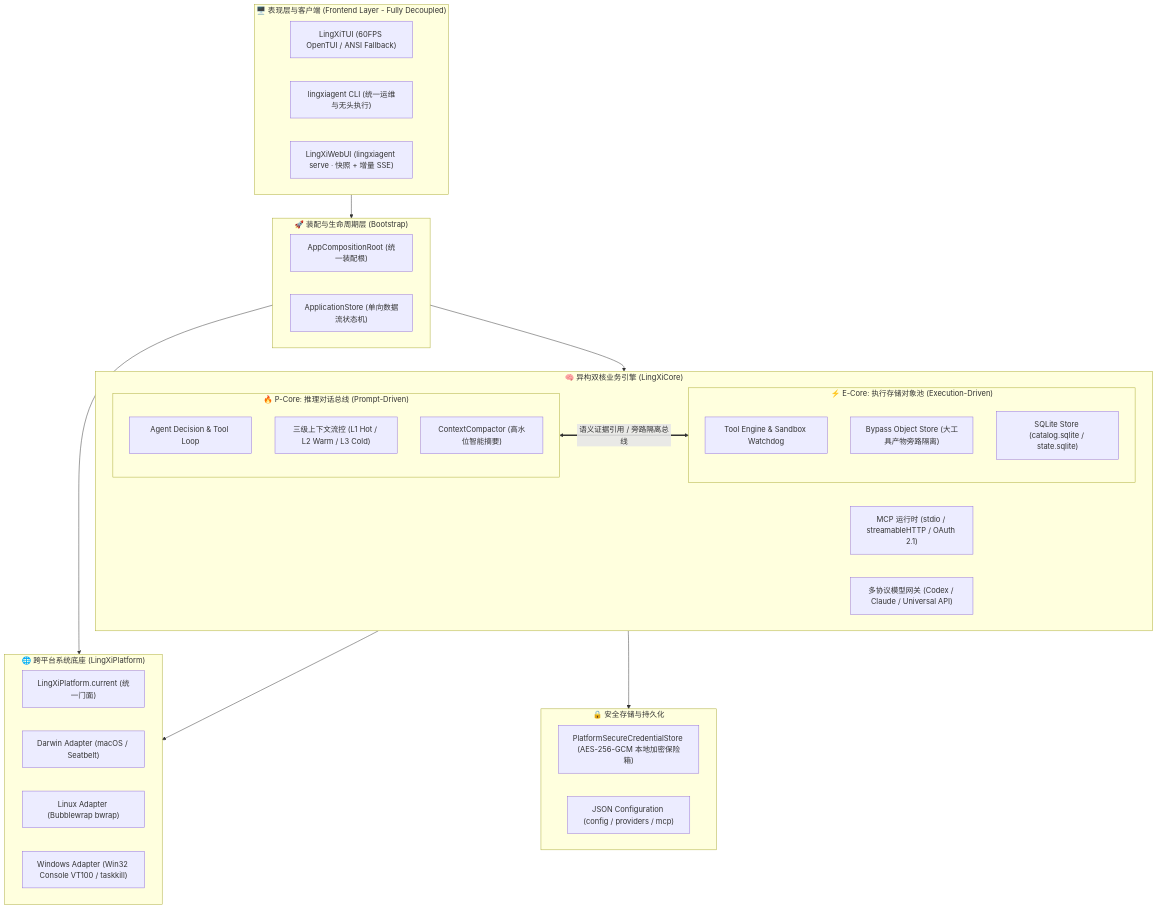
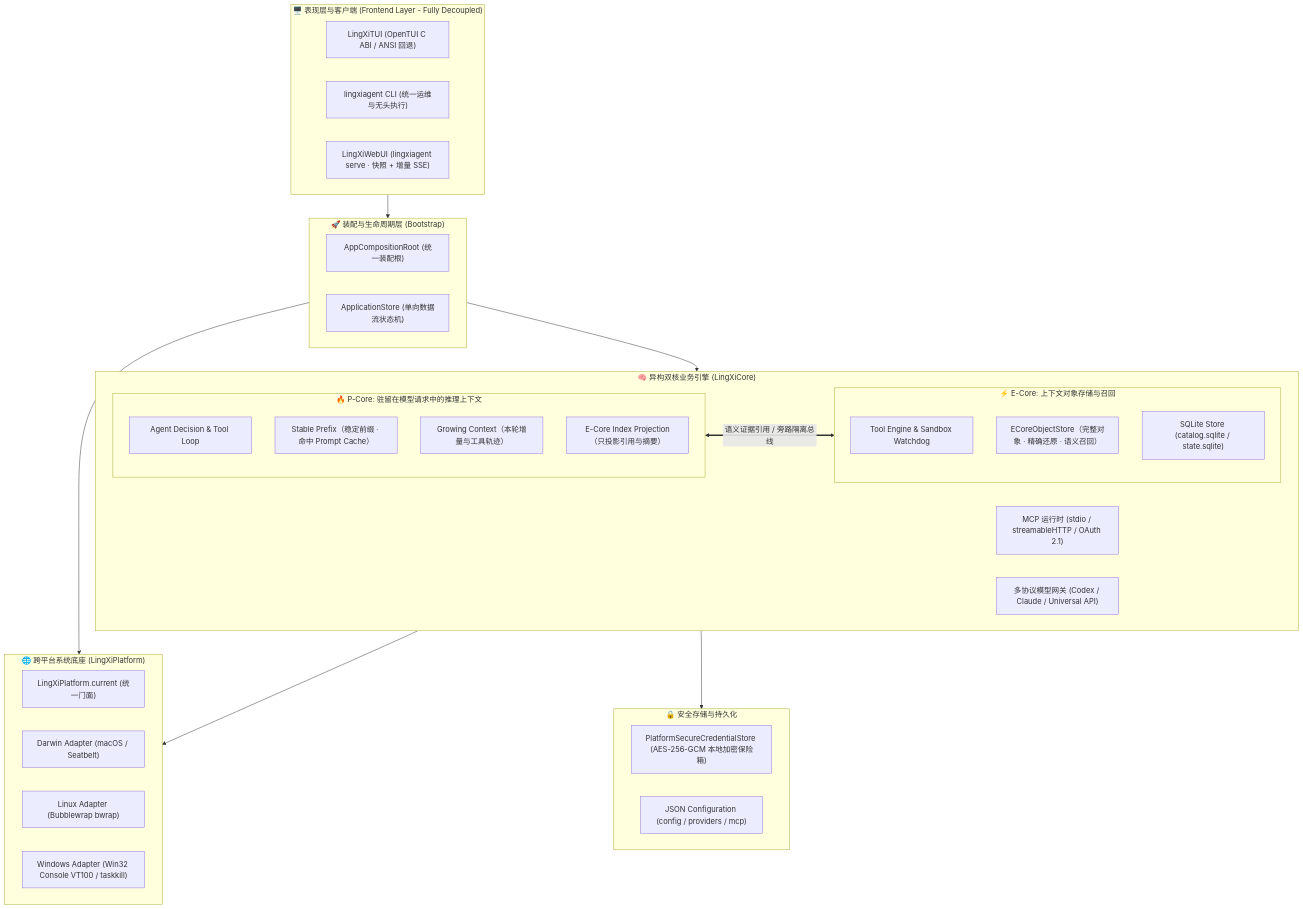
The first of 2 diagrams in README.md (LingXiFox/LingXiAgent), drawn with Mermaid before and after one commit. The commit also changed other lines of this file and 2 other files, not shown here.

````diff
--- a/README.md
+++ b/README.md
@@ -133,49 +133,50 @@
 ```mermaid
 flowchart TD
     subgraph UI_Layer["🖥️ 表现层与客户端 (Frontend Layer - Fully Decoupled)"]
-        TUI["LingXiTUI (60FPS OpenTUI / ANSI Fallback)"]
+        TUI["LingXiTUI (OpenTUI C ABI / ANSI 回退)"]
         CLI["lingxiagent CLI (统一运维与无头执行)"]
         WebClient["LingXiWebUI (lingxiagent serve · 快照 + 增量 SSE)"]
     end
 
     subgraph Bootstrap_Layer["🚀 装配与生命周期层 (Bootstrap)"]
         Root["AppCompositionRoot (统一装配根)"]
         Store["ApplicationStore (单向数据流状态机)"]
     end
 
     subgraph Platform_Layer["🌐 跨平台系统底座 (LingXiPlatform)"]
         PlatformFacade["LingXiPlatform.current (统一门面)"]
         DarwinAdapter["Darwin Adapter (macOS / Seatbelt)"]
         LinuxAdapter["Linux Adapter (Bubblewrap bwrap)"]
         WindowsAdapter["Windows Adapter (Win32 Console VT100 / taskkill)"]
     end
 
     subgraph Core_Engines["🧠 异构双核业务引擎 (LingXiCore)"]
-        subgraph P_Core["🔥 P-Core: 推理对话总线 (Prompt-Driven)"]
+        subgraph P_Core["🔥 P-Core: 驻留在模型请求中的推理上下文"]
             ReasoningLoop["Agent Decision & Tool Loop"]
-            ContextCtrl["三级上下文流控 (L1 Hot / L2 Warm / L3 Cold)"]
-            Compactor["ContextCompactor (高水位智能摘要)"]
+            StablePrefix["Stable Prefix（稳定前缀 · 命中 Prompt Cache）"]
+            GrowingCtx["Growing Context（本轮增量与工具轨迹）"]
+            IndexProj["E-Core Index Projection（只投影引用与摘要）"]
         end
 
-        subgraph E_Core["⚡ E-Core: 执行存储对象池 (Execution-Driven)"]
+        subgraph E_Core["⚡ E-Core: 上下文对象存储与召回"]
             ToolRuntime["Tool Engine & Sandbox Watchdog"]
-            ObjectStore["Bypass Object Store (大工具产物旁路隔离)"]
+            ObjectStore["ECoreObjectStore（完整对象 · 精确还原 · 语义召回）"]
             StateDB["SQLite Store (catalog.sqlite / state.sqlite)"]
         end
 
         MCPRuntime["MCP 运行时 (stdio / streamableHTTP / OAuth 2.1)"]
         ModelGateway["多协议模型网关 (Codex / Claude / Universal API)"]
     end
 
     subgraph Persistence["🔒 安全存储与持久化"]
         Vault["PlatformSecureCredentialStore (AES-256-GCM 本地加密保险箱)"]
         ConfigJSON["JSON Configuration (config / providers / mcp)"]
     end
 
     UI_Layer --> Bootstrap_Layer
     Bootstrap_Layer --> Platform_Layer
     Bootstrap_Layer --> Core_Engines
     Core_Engines --> Platform_Layer
     Core_Engines --> Persistence
     P_Core <== "语义证据引用 / 旁路隔离总线" ==> E_Core
 ```
````
